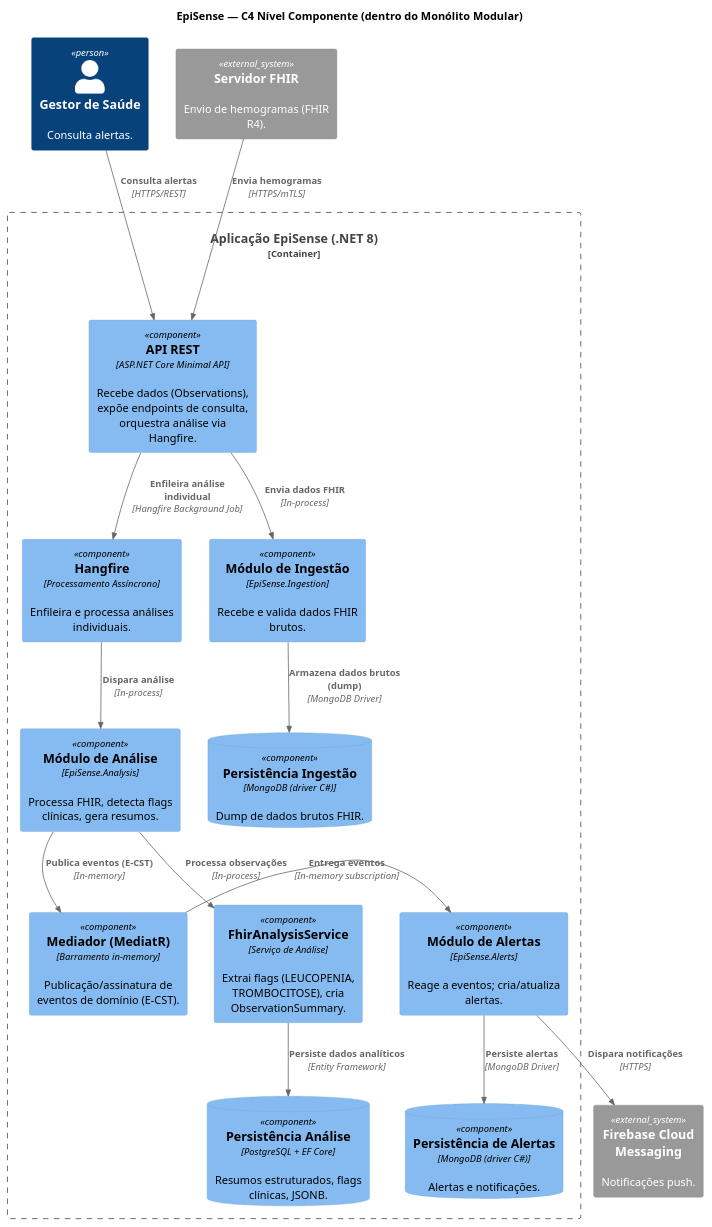
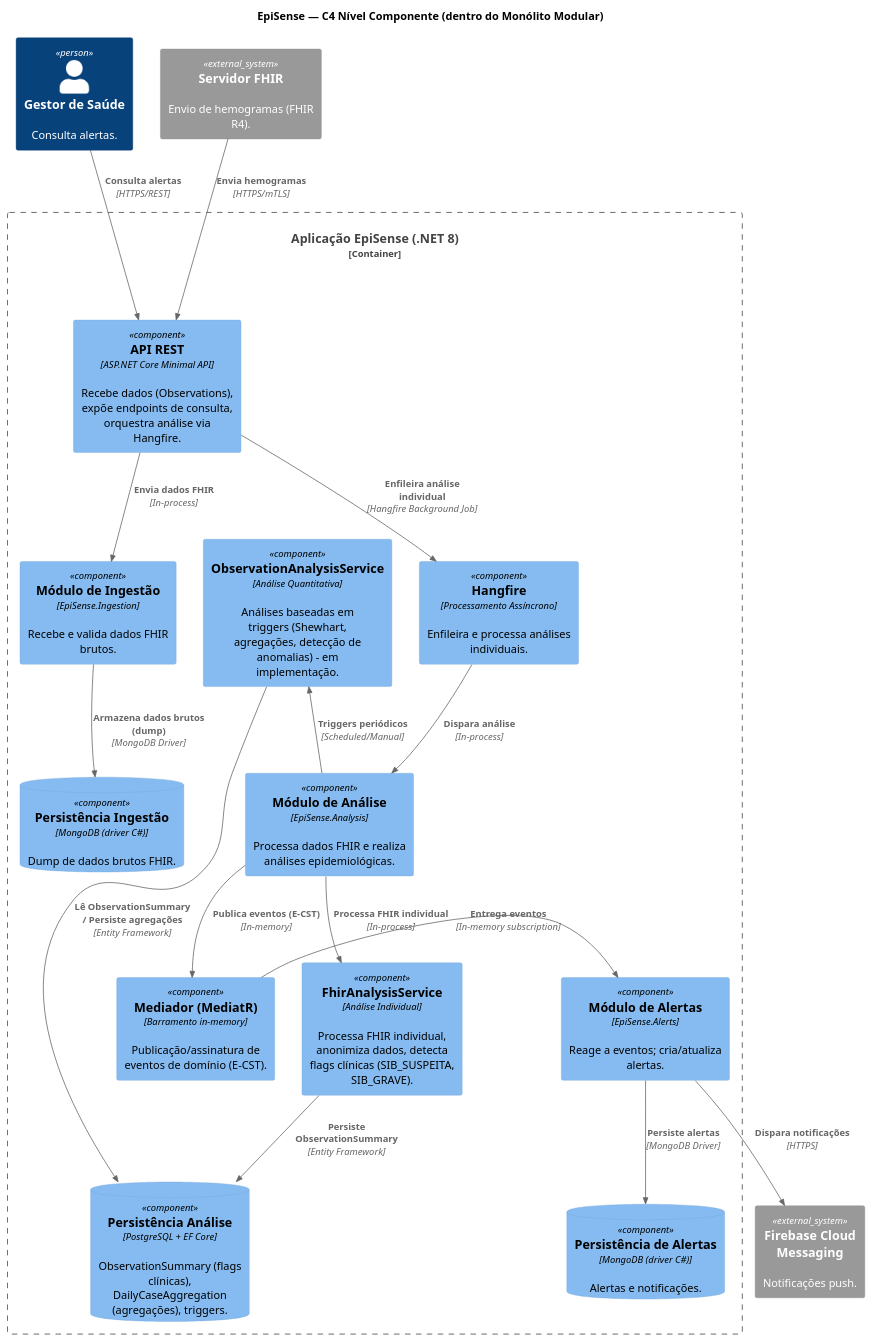
One commit to Omega050/EpiSense changed the diagram in doc/diagrams/components.puml. Above: the diagram before and after it, drawn with PlantUML. The commit also changed 1 other file, not shown here.

Commit message:
docs: Atualiza diagramas

```diff
--- a/doc/diagrams/components.puml
+++ b/doc/diagrams/components.puml
@@ -1,58 +1,65 @@
 @startuml episense-c4-components
 !include https://raw.githack.com/plantuml-stdlib/C4-PlantUML/master/C4_Component.puml
 
 title "EpiSense — C4 Nível Componente (dentro do Monólito Modular)"
 
 ' Atores/Sistemas externos (interagem com componentes específicos)
 Person(manager, "Gestor de Saúde", "Consulta alertas.")
 System_Ext(fhir_server, "Servidor FHIR", "Envio de hemogramas (FHIR R4).")
 System_Ext(fcm, "Firebase Cloud Messaging", "Notificações push.")
 
 ' Limite do contêiner (aplicação monolítica)
 Container_Boundary(app, "Aplicação EpiSense (.NET 8)") {
   Component(api, "API REST", "ASP.NET Core Minimal API", "Recebe dados (Observations), expõe endpoints de consulta, orquestra análise via Hangfire.")
   Component(hangfire, "Hangfire", "Processamento Assíncrono", "Enfileira e processa análises individuais.")
   Component(mediator, "Mediador (MediatR)", "Barramento in-memory", "Publicação/assinatura de eventos de domínio (E-CST).")
   
   ' Módulo de Ingestão
   Component(ingestion_mod, "Módulo de Ingestão", "EpiSense.Ingestion", "Recebe e valida dados FHIR brutos.")
   
-  ' Módulo de Análise
-  Component(analysis_mod, "Módulo de Análise", "EpiSense.Analysis", "Processa FHIR, detecta flags clínicas, gera resumos.")
-  Component(fhir_service, "FhirAnalysisService", "Serviço de Análise", "Extrai flags (LEUCOPENIA, TROMBOCITOSE), cria ObservationSummary.")
+  ' Módulo de Análise (dividido em duas responsabilidades)
+  Component(analysis_mod, "Módulo de Análise", "EpiSense.Analysis", "Processa dados FHIR e realiza análises epidemiológicas.")
+  Component(fhir_service, "FhirAnalysisService", "Análise Individual", "Processa FHIR individual, anonimiza dados, detecta flags clínicas (SIB_SUSPEITA, SIB_GRAVE).")
+  Component(observation_service, "ObservationAnalysisService", "Análise Quantitativa", "Análises baseadas em triggers (Shewhart, agregações, detecção de anomalias) - em implementação.")
   
   Component(alerts_mod, "Módulo de Alertas", "EpiSense.Alerts", "Reage a eventos; cria/atualiza alertas.")
   
   ' Persistência Híbrida (ADR-006)
   ComponentDb(ingestion_repo, "Persistência Ingestão", "MongoDB (driver C#)", "Dump de dados brutos FHIR.")
-  ComponentDb(analysis_repo, "Persistência Análise", "PostgreSQL + EF Core", "Resumos estruturados, flags clínicas, JSONB.")
+  ComponentDb(analysis_repo, "Persistência Análise", "PostgreSQL + EF Core", "ObservationSummary (flags clínicas), DailyCaseAggregation (agregações), triggers.")
   ComponentDb(alerts_repo, "Persistência de Alertas", "MongoDB (driver C#)", "Alertas e notificações.")
 }
 
 ' Relações externas
 Rel(fhir_server, api, "Envia hemogramas", "HTTPS/mTLS")
 Rel(manager, api, "Consulta alertas", "HTTPS/REST")
 Rel(alerts_mod, fcm, "Dispara notificações", "HTTPS")
 
 ' Relações internas - Fluxo de Dados (ADR-006: Arquitetura Híbrida)
 Rel(api, ingestion_mod, "Envia dados FHIR", "In-process")
 Rel(ingestion_mod, ingestion_repo, "Armazena dados brutos (dump)", "MongoDB Driver")
 
 Rel(api, hangfire, "Enfileira análise individual", "Hangfire Background Job")
 Rel(hangfire, analysis_mod, "Dispara análise", "In-process")
-Rel(analysis_mod, fhir_service, "Processa observações", "In-process")
-Rel(fhir_service, analysis_repo, "Persiste dados analíticos", "Entity Framework")
+Rel(analysis_mod, fhir_service, "Processa FHIR individual", "In-process")
+Rel(fhir_service, analysis_repo, "Persiste ObservationSummary", "Entity Framework")
+
+Rel(observation_service, analysis_repo, "Lê ObservationSummary / Persiste agregações", "Entity Framework")
+Rel_U(analysis_mod, observation_service, "Triggers periódicos", "Scheduled/Manual")
 
 Rel(analysis_mod, mediator, "Publica eventos (E-CST)", "In-memory")
 Rel_R(mediator, alerts_mod, "Entrega eventos", "In-memory subscription")
 Rel(alerts_mod, alerts_repo, "Persiste alertas", "MongoDB Driver")
 
 ' Notas de alinhamento com ADRs
 ' - ADR-001: .NET 8 + C# para backend
 ' - ADR-002: MongoDB com driver nativo para dump de dados brutos (ingestão)
 ' - ADR-006: Arquitetura híbrida - MongoDB (ingestão dump) + PostgreSQL (análise) + MongoDB (alertas)
 ' - ADR-003: Mediador in-memory (MediatR), módulos desacoplados
 ' - ADR-008: API orquestra análise via Hangfire (processamento assíncrono)
-' - Implementação: FhirAnalysisService, ObservationSummary, Clinical Flags
+' - Implementação: 
+'   * FhirAnalysisService: Análise individual FHIR, anonimização, flags clínicas (SIB)
+'   * ObservationAnalysisService: Análises quantitativas, triggers, Shewhart, agregações (em implementação)
+'   * PostgreSQL: ObservationSummary, DailyCaseAggregation (JSONB)
 ' - Análise não acessa MongoDB diretamente; recebe dados da API via Hangfire
 @enduml
```
